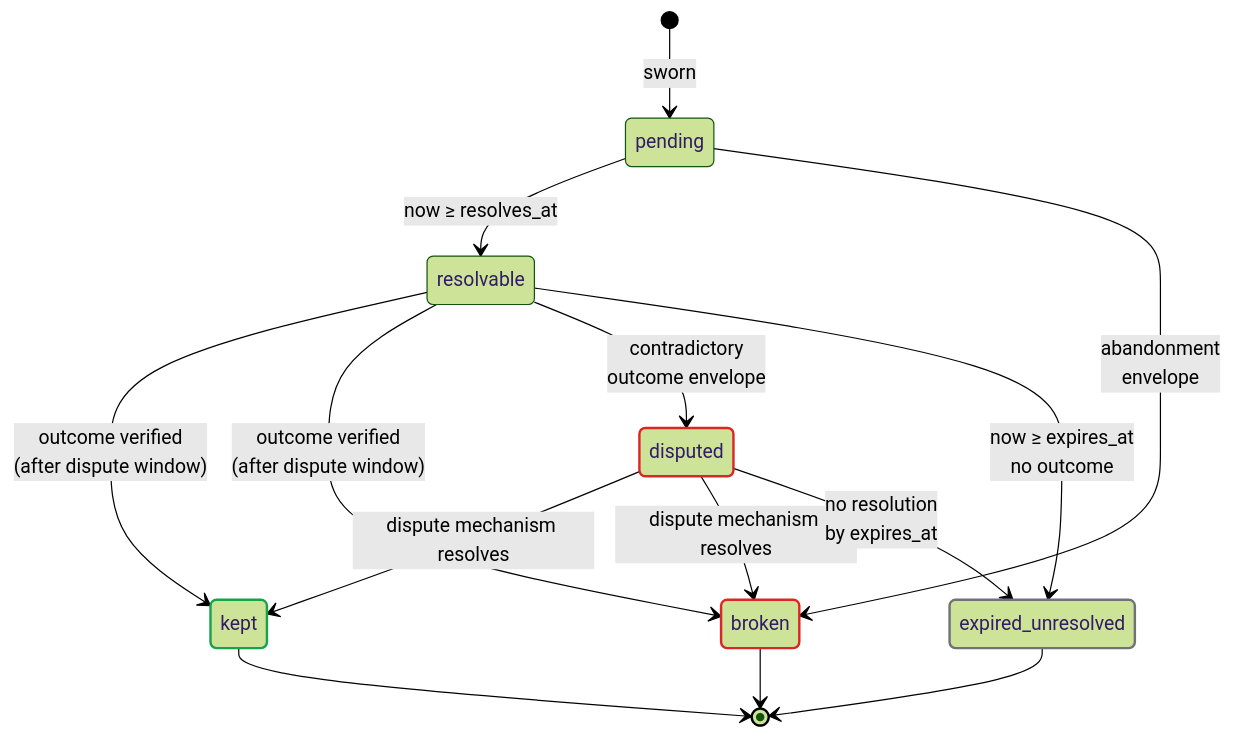
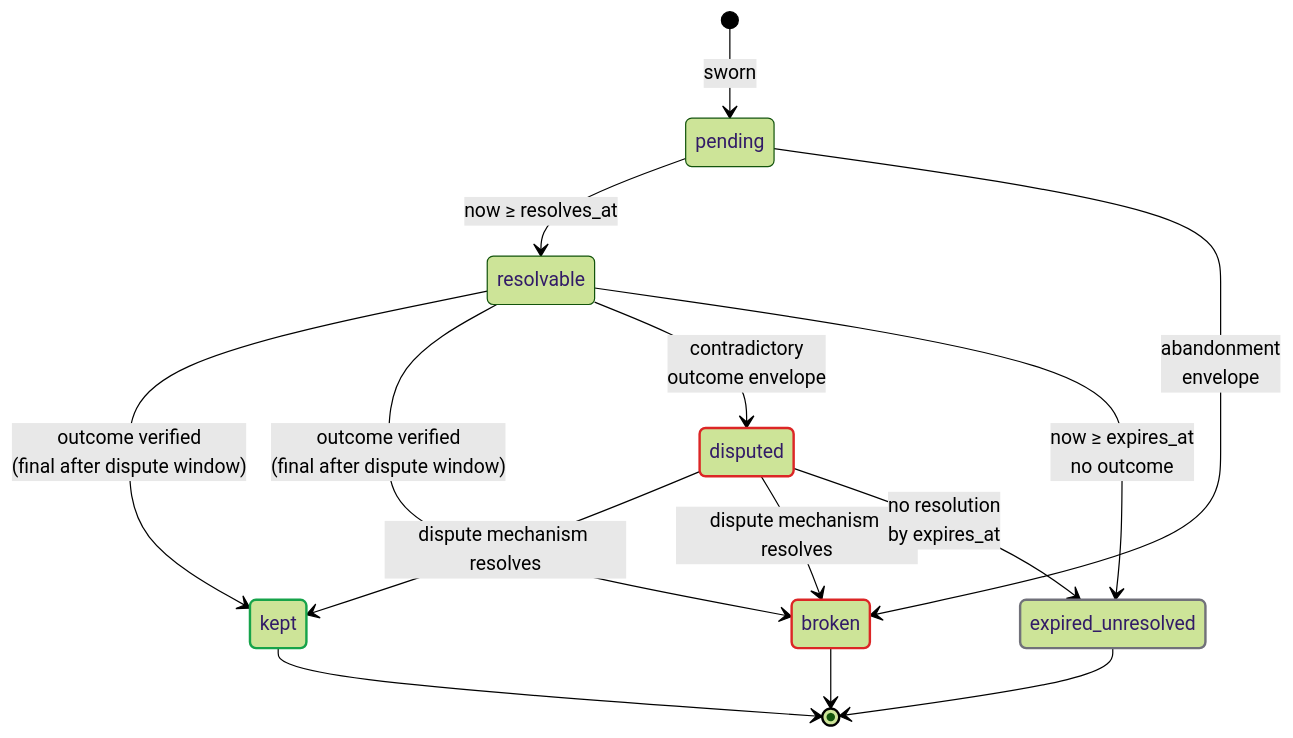
One commit to orangecheck/oc-docs changed the diagram in src/pages/pledge/state-machine.mdx. Above: the diagram before and after it, drawn with Mermaid (forest theme). The commit also changed other lines of this file and 54 other files, not shown here.

````diff
--- a/src/pages/pledge/state-machine.mdx
+++ b/src/pages/pledge/state-machine.mdx
@@ -30,23 +30,23 @@
 ```mermaid size=957x573
 stateDiagram-v2
     [*] --> pending: sworn
     pending --> resolvable: now ≥ resolves_at
     pending --> broken: abandonment<br/>envelope
-    resolvable --> kept: outcome verified<br/>(after dispute window)
-    resolvable --> broken: outcome verified<br/>(after dispute window)
+    resolvable --> kept: outcome verified<br/>(final after dispute window)
+    resolvable --> broken: outcome verified<br/>(final after dispute window)
     resolvable --> disputed: contradictory<br/>outcome envelope
     resolvable --> expired_unresolved: now ≥ expires_at<br/>no outcome
     disputed --> kept: dispute mechanism resolves
     disputed --> broken: dispute mechanism resolves
     disputed --> expired_unresolved: no resolution<br/>by expires_at
     kept --> [*]
     broken --> [*]
     expired_unresolved --> [*]
 
     classDef good stroke:#16a34a,stroke-width:2px
     classDef bad stroke:#dc2626,stroke-width:2px
     classDef neutral stroke:#71717a,stroke-width:2px
     class kept good
     class broken,disputed bad
     class expired_unresolved neutral
 ```
````
